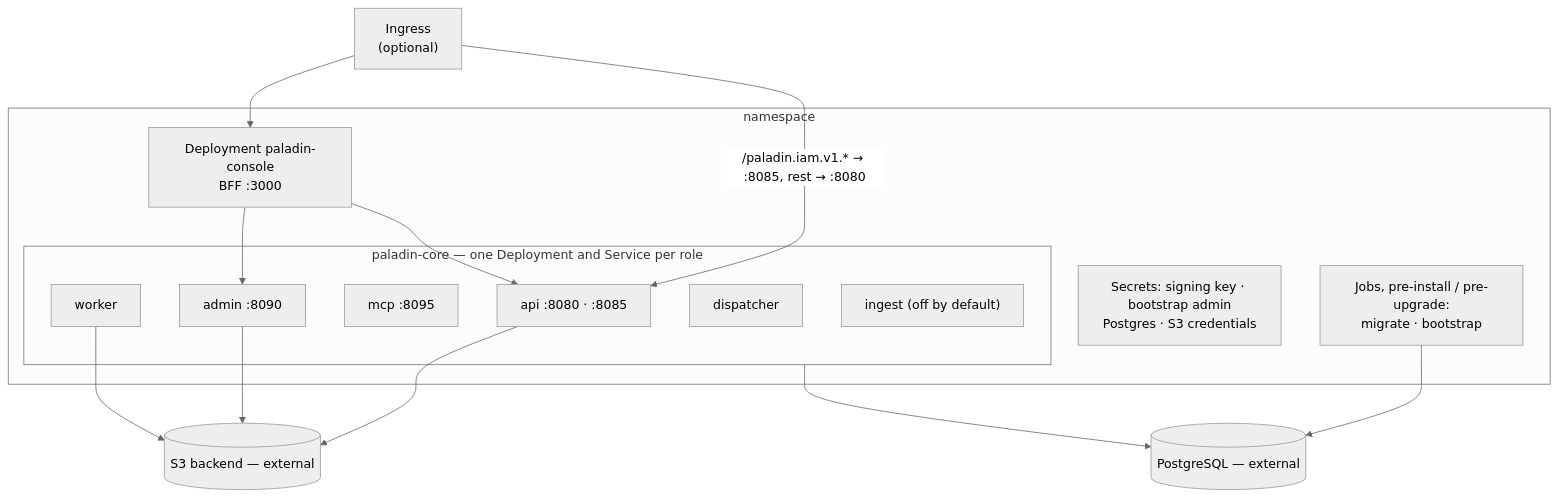
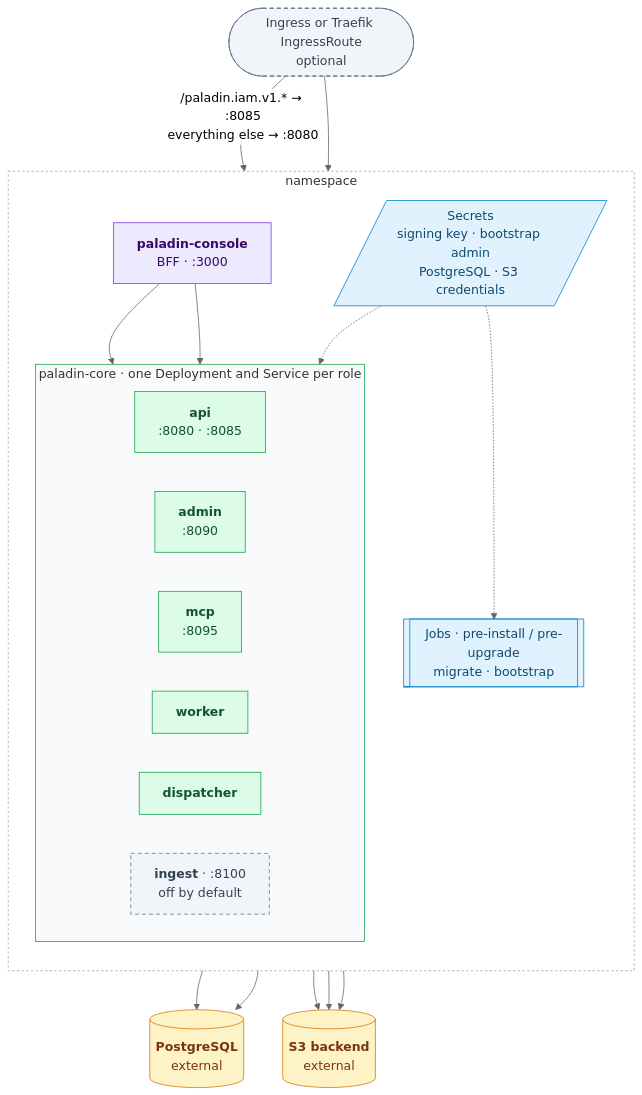
The fourth of 4 diagrams in backend/docs/diagrams.md (oleg-tkachuk/paladin), drawn with Mermaid (neutral theme) before and after one commit. The commit also changed other lines of this file and 2 other files, not shown here.

First line of the commit message:
docs: redraw the architecture diagrams from the code

````diff
--- a/backend/docs/diagrams.md
+++ b/backend/docs/diagrams.md
@@ -81,28 +118,44 @@
 ```mermaid
 flowchart TB
-    ingress["Ingress<br/>(optional)"]
+    ingress(["Ingress or Traefik IngressRoute<br/>optional"])
 
     subgraph ns ["namespace"]
-        console["Deployment paladin-console<br/>BFF :3000"]
-        subgraph core ["paladin-core — one Deployment and Service per role"]
-            api["api :8080 · :8085"]
-            admin["admin :8090"]
-            mcp["mcp :8095"]
-            worker["worker"]
-            dispatcher["dispatcher"]
-            ingest["ingest (off by default)"]
+        direction TB
+        console["<b>paladin-console</b><br/>BFF · :3000"]
+        subgraph core ["paladin-core · one Deployment and Service per role"]
+            direction LR
+            api["<b>api</b><br/>:8080 · :8085"]
+            admin["<b>admin</b><br/>:8090"]
+            mcp["<b>mcp</b><br/>:8095"]
+            worker["<b>worker</b>"]
+            dispatcher["<b>dispatcher</b>"]
+            ingest["<b>ingest</b> · :8100<br/>off by default"]
         end
-        jobs["Jobs, pre-install / pre-upgrade:<br/>migrate · bootstrap"]
-        secrets["Secrets: signing key · bootstrap admin<br/>Postgres · S3 credentials"]
+        jobs[["Jobs · pre-install / pre-upgrade<br/>migrate · bootstrap"]]
+        secrets[/"Secrets<br/>signing key · bootstrap admin<br/>PostgreSQL · S3 credentials"/]
     end
 
-    pg[("PostgreSQL — external")]
-    s3[("S3 backend — external")]
+    pg[("<b>PostgreSQL</b><br/>external")]
+    s3[("<b>S3 backend</b><br/>external")]
 
-    ingress -- "/paladin.iam.v1.* → :8085, rest → :8080" --> api
+    ingress -- "/paladin.iam.v1.* → :8085<br/>everything else → :8080" --> api
     ingress --> console
     console --> api & admin
     jobs --> pg
     core --> pg
     api & admin & worker --> s3
+    secrets -.-> core & jobs
+
+    classDef ui fill:#EDE9FE,stroke:#7C3AED,color:#3B0764
+    classDef role fill:#DCFCE7,stroke:#16A34A,color:#14532D
+    classDef optional fill:#F1F5F9,stroke:#64748B,color:#334155,stroke-dasharray:5 4
+    classDef store fill:#FEF3C7,stroke:#D97706,color:#78350F
+    classDef k8s fill:#E0F2FE,stroke:#0284C7,color:#0C4A6E
+    class console ui
+    class api,admin,mcp,worker,dispatcher role
+    class ingest,ingress optional
+    class pg,s3 store
+    class jobs,secrets k8s
+    style ns fill:none,stroke:#94A3B8,stroke-dasharray:3 3
+    style core fill:#F8FAFC,stroke:#16A34A
 ```
````
